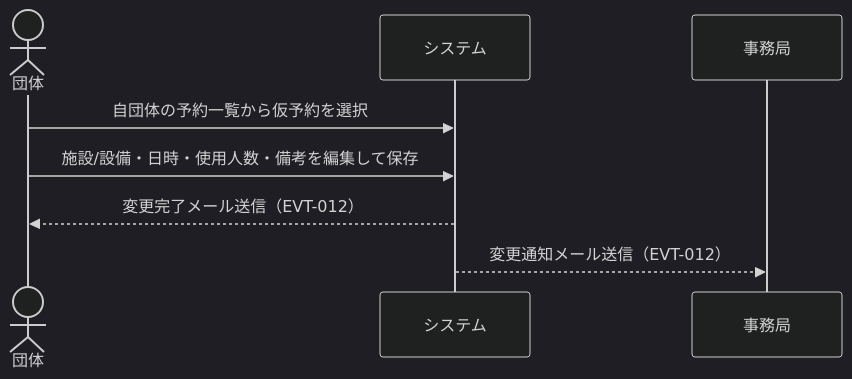
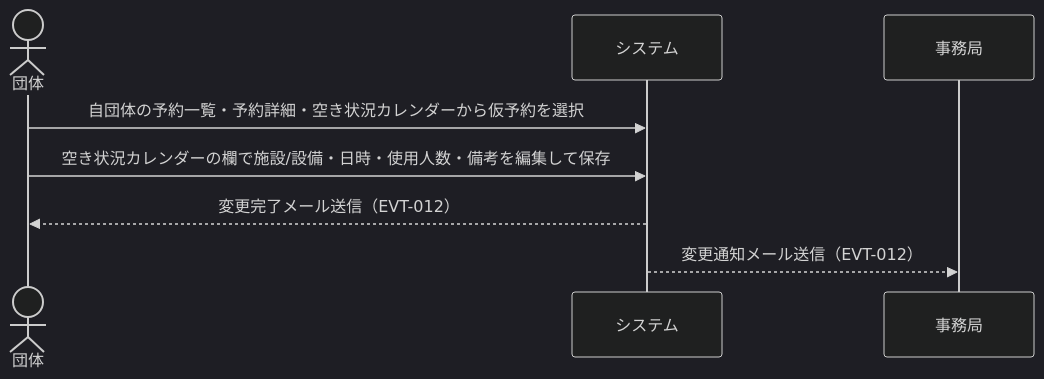
The eighth of 8 diagrams in rdra/contexts/reservation-application.md (gdsc-osaka/iclub-reserve), drawn with Mermaid (dark theme) before and after one commit. The commit also changed other lines of this file and 4 other files, not shown here.

````diff
--- a/rdra/contexts/reservation-application.md
+++ b/rdra/contexts/reservation-application.md
@@ -345,11 +345,11 @@
 ```mermaid
 sequenceDiagram
     actor 団体
     participant システム
     participant 事務局
 
-    団体->>システム: 自団体の予約一覧から仮予約を選択
-    団体->>システム: 施設/設備・日時・使用人数・備考を編集して保存
+    団体->>システム: 自団体の予約一覧・予約詳細・空き状況カレンダーから仮予約を選択
+    団体->>システム: 空き状況カレンダーの欄で施設/設備・日時・使用人数・備考を編集して保存
     システム-->>団体: 変更完了メール送信（EVT-012）
     システム-->>事務局: 変更通知メール送信（EVT-012）
 ```
````
